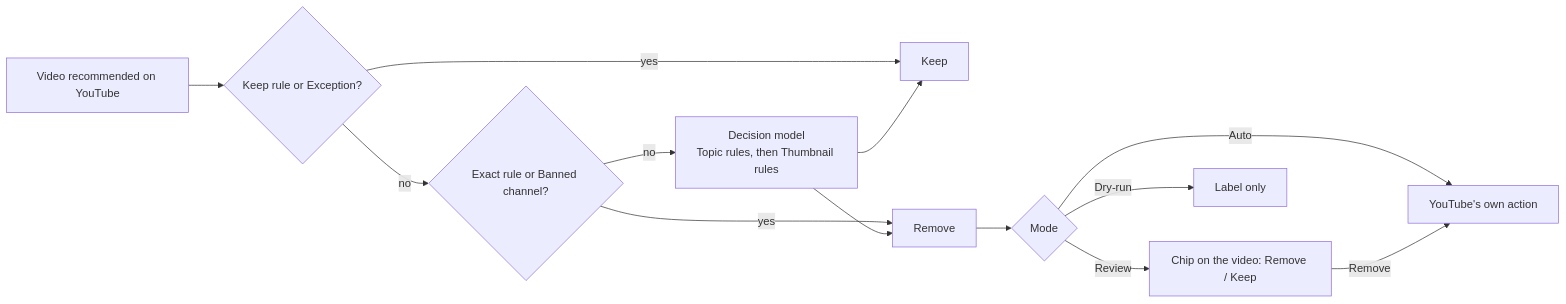
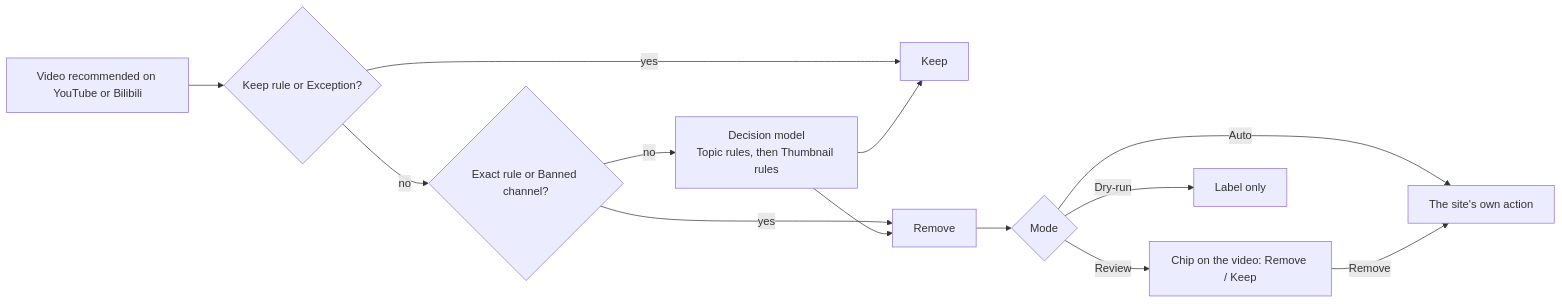
The diagram in README.md (Laoweek/shoo), drawn with Mermaid before and after one commit. The commit also changed other lines of this file and 211 other files, not shown here.

````diff
--- a/README.md
+++ b/README.md
@@ -21,15 +21,15 @@
 ```mermaid
 flowchart LR
-  T[Video recommended on YouTube] --> K{Keep rule or Exception?}
+  T[Video recommended on YouTube or Bilibili] --> K{Keep rule or Exception?}
   K -- yes --> Keep[Keep]
   K -- no --> E{Exact rule or Banned channel?}
   E -- yes --> V[Remove]
   E -- no --> M[Decision model<br/>Topic rules, then Thumbnail rules]
   M --> V
   M --> Keep
   V --> Mode{Mode}
-  Mode -- Auto --> A[YouTube's own action]
+  Mode -- Auto --> A[The site's own action]
   Mode -- Review --> C[Chip on the video: Remove / Keep]
   Mode -- Dry-run --> L[Label only]
   C -- Remove --> A
 ```
````
